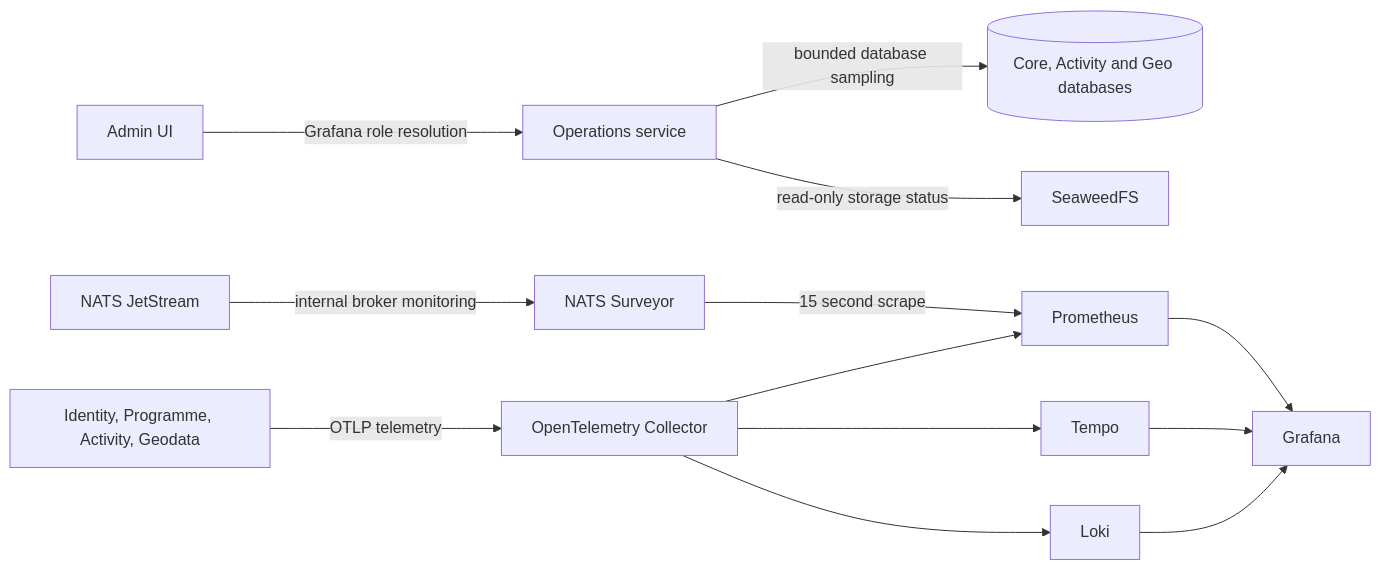
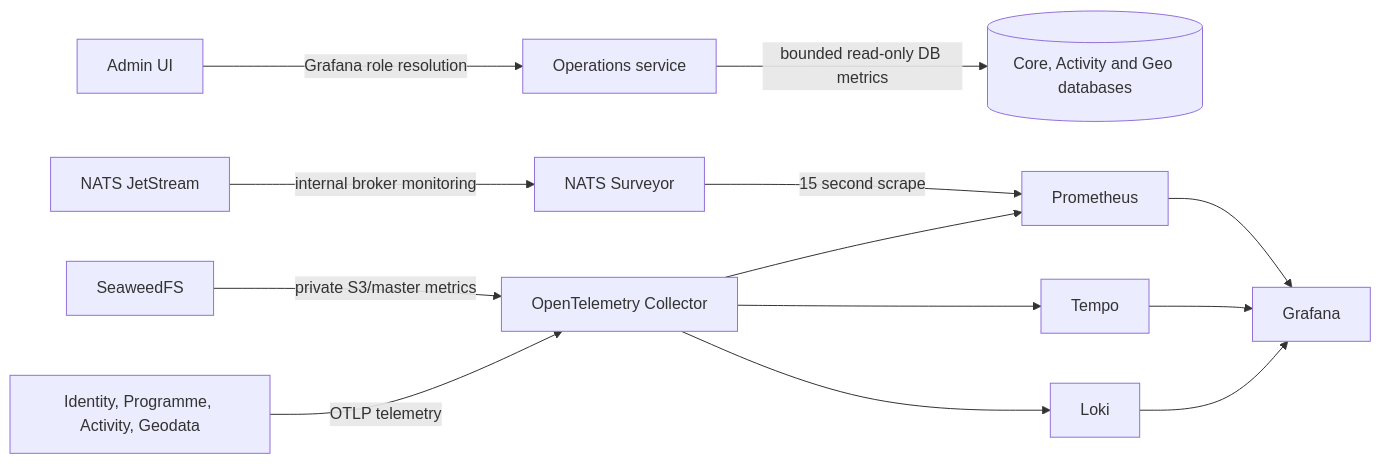
Before and after one commit to myota-platform/myota-docs: the diagram in docs/architecture/diagrams/observability-architecture.md, drawn with Mermaid. The commit also changed other lines of this file and 15 other files, not shown here.

````diff
--- a/docs/architecture/diagrams/observability-architecture.md
+++ b/docs/architecture/diagrams/observability-architecture.md
@@ -3,28 +3,28 @@
 ```mermaid
 flowchart LR
   UI[Admin UI]
   Ops[Operations service]
   DB[(Core, Activity and Geo databases)]
   SW[SeaweedFS]
   NATS[NATS JetStream]
   Surveyor[NATS Surveyor]
   Prom[Prometheus]
   Tempo[Tempo]
   Loki[Loki]
   Collector[OpenTelemetry Collector]
   Services[Identity, Programme, Activity, Geodata]
   Grafana[Grafana]
 
   UI -->|Grafana role resolution| Ops
-  Ops -->|read-only storage status| SW
-  Ops -->|bounded database sampling| DB
+  SW -->|private S3/master metrics| Collector
+  Ops -->|bounded read-only DB metrics| DB
   NATS -->|internal broker monitoring| Surveyor
   Surveyor -->|15 second scrape| Prom
   Services -->|OTLP telemetry| Collector
   Collector --> Prom
   Collector --> Tempo
   Collector --> Loki
   Prom --> Grafana
   Tempo --> Grafana
   Loki --> Grafana
 ```
````
